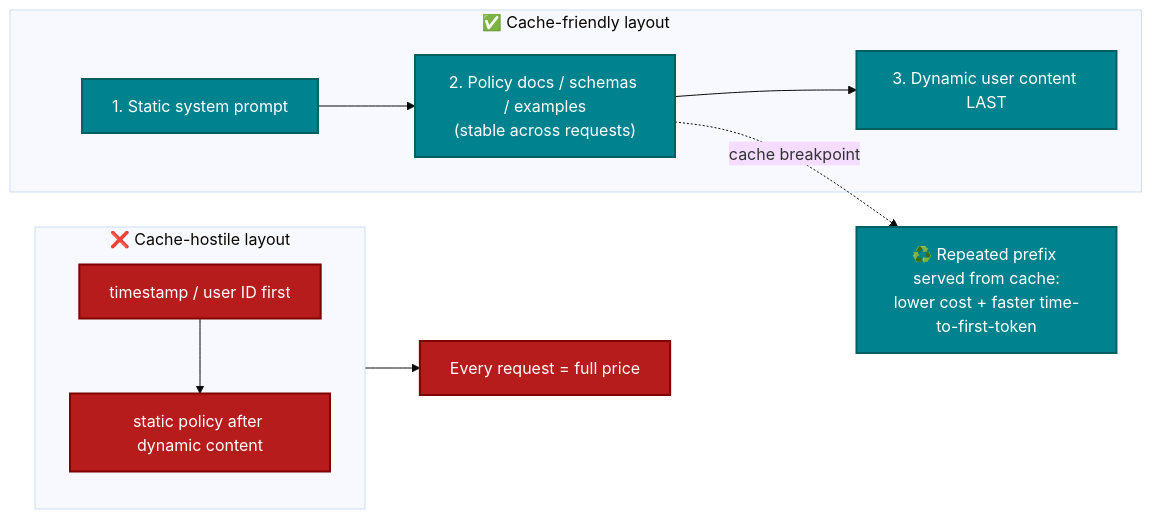
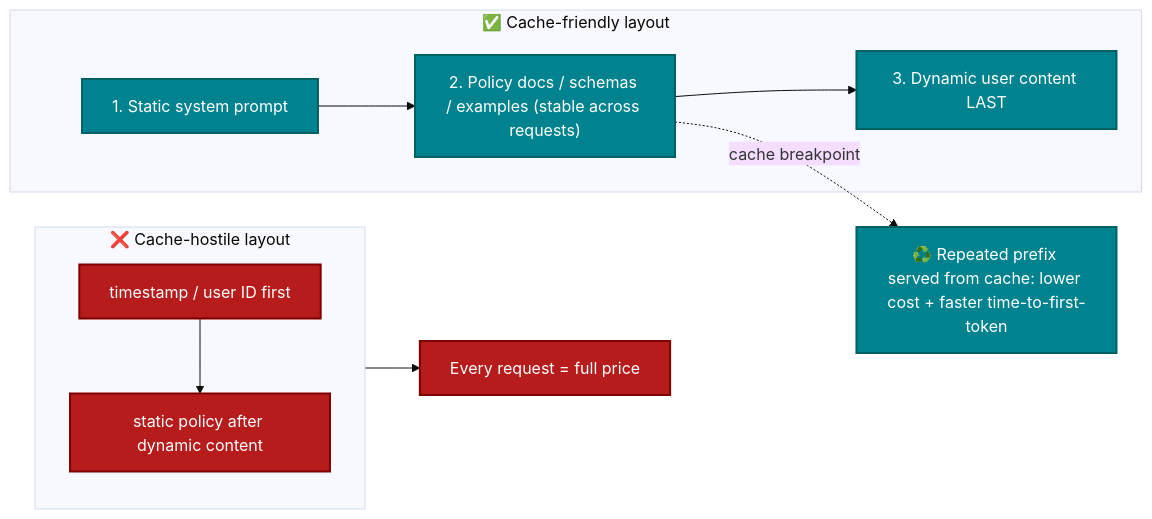
The third of 3 diagrams in CCA-P/domains/d2-models-prompting-context.md (parmar-m/claude-architect-certification-prep), drawn with Mermaid (base theme) before and after one commit. The commit also changed other lines of this file and 24 other files, not shown here.

Commit message:
fix html tags in mmd diagrams

````diff
--- a/CCA-P/domains/d2-models-prompting-context.md
+++ b/CCA-P/domains/d2-models-prompting-context.md
@@ -86,16 +86,16 @@
 ```mermaid
 flowchart LR
     subgraph GOOD["✅ Cache-friendly layout"]
-        A1["1. Static system prompt"] --> A2["2. Policy docs / schemas / examples<br/>(stable across requests)"] --> A3["3. Dynamic user content LAST"]
+        A1["1. Static system prompt"] --> A2["2. Policy docs / schemas / examples (stable across requests)"] --> A3["3. Dynamic user content LAST"]
     end
-    A2 -. "cache breakpoint" .-> HIT["♻️ Repeated prefix served from cache:<br/>lower cost + faster time-to-first-token"]
+    A2 -. "cache breakpoint" .-> HIT["♻️ Repeated prefix served from cache: lower cost + faster time-to-first-token"]
     subgraph BAD["❌ Cache-hostile layout"]
         B1["timestamp / user ID first"] --> B2["static policy after dynamic content"]
     end
     BAD --> MISS["Every request = full price"]
     classDef good fill:#00838F,color:#fff,stroke:#006064,stroke-width:2px
     classDef bad fill:#B71C1C,color:#fff,stroke:#7F0000,stroke-width:2px
     classDef n fill:#455A64,color:#fff,stroke:#263238,stroke-width:2px
     class A1,A2,A3,HIT good
     class B1,B2,MISS bad
 ```
````
